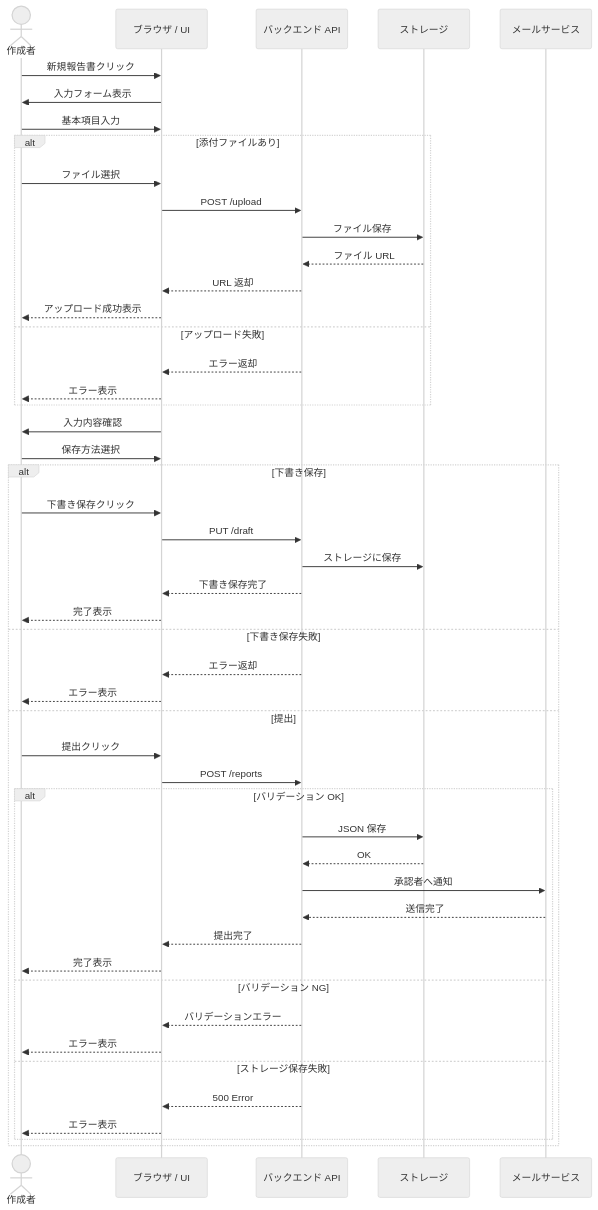
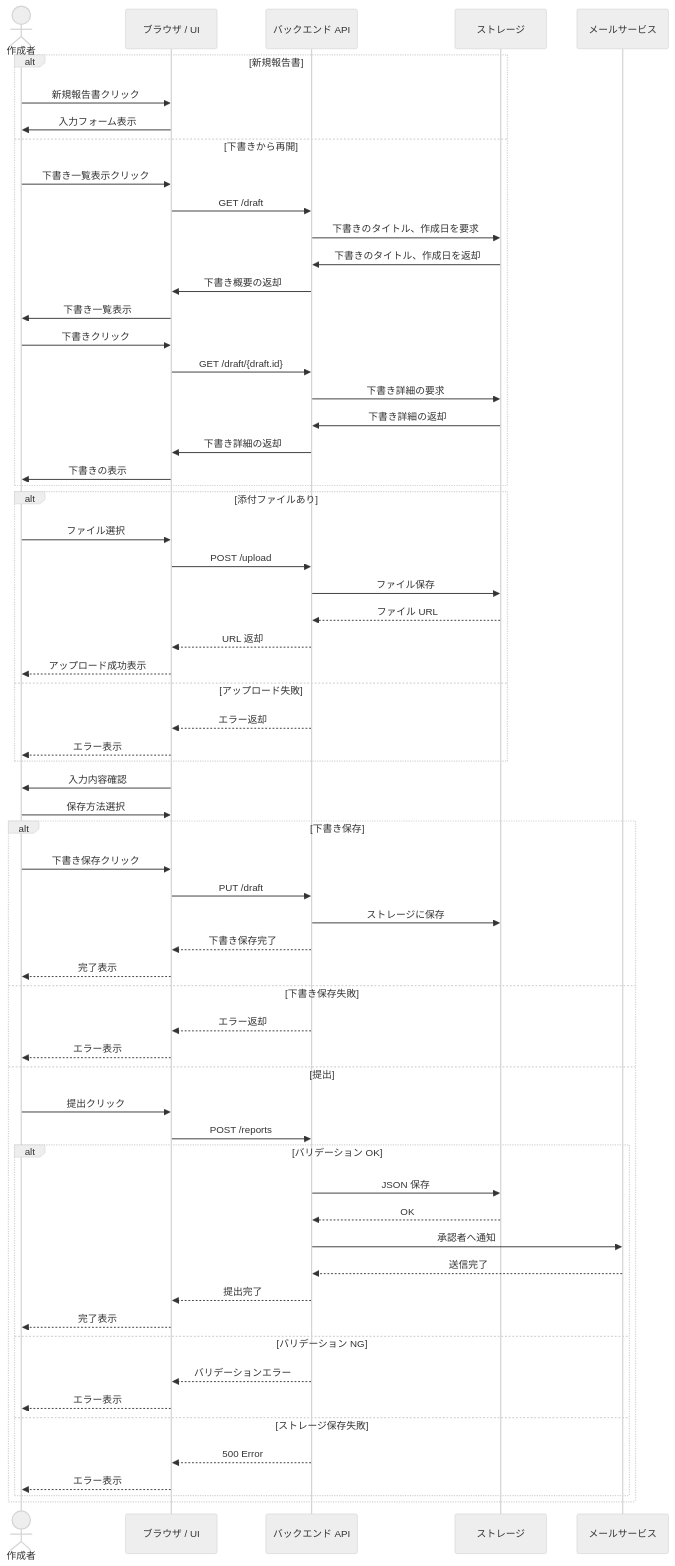
One commit to MineyamaHiyori/detailed_architect changed the diagram in seq.md. Above: the diagram before and after it, drawn with Mermaid (neutral theme).

Commit message:
Update seq.md
下書きから再開する場合のシーケンスを追加しました。

````diff
--- a/seq.md
+++ b/seq.md
@@ -1,51 +1,66 @@
 ```mermaid
 sequenceDiagram
     actor   User      as 作成者
     participant UI    as ブラウザ / UI
     participant API   as バックエンド API
     participant Store as ストレージ
     participant Mail  as メールサービス
-    User  ->> UI  : 新規報告書クリック
-    UI    ->> User: 入力フォーム表示
-    User  ->> UI  : 基本項目入力
+    alt 新規報告書
+        User  ->> UI  : 新規報告書クリック
+        UI    ->> User: 入力フォーム表示
+    else 下書きから再開
+        User  ->> UI  : 下書き一覧表示クリック
+        UI    ->> API: GET /draft
+        API   ->> Store:下書きのタイトル、作成日を要求
+        Store ->> API: 下書きのタイトル、作成日を返却
+        API ->> UI: 下書き概要の返却
+        UI    ->> User: 下書き一覧表示
+        User  ->> UI  : 下書きクリック
+        UI    ->> API: GET /draft/{draft.id}
+        API ->> Store: 下書き詳細の要求
+        Store ->> API: 下書き詳細の返却
+        API ->> UI: 下書き詳細の返却
+        UI ->> User:下書きの表示
+        
+    end
     alt 添付ファイルあり
         User  ->> UI  : ファイル選択
         UI    ->> API : POST /upload
         API   ->> Store: ファイル保存
         Store -->> API : ファイル URL
         API  -->> UI   : URL 返却
         UI   -->> User : アップロード成功表示
     else アップロード失敗
         API  -->> UI   : エラー返却
         UI   -->> User : エラー表示
     end
     UI   ->> User : 入力内容確認
     User ->> UI   : 保存方法選択
     alt 下書き保存
         User ->> UI  : 下書き保存クリック
         UI   ->> API : PUT /draft
         API  ->> Store : ストレージに保存
         API  -->> UI : 下書き保存完了
         UI   -->> User: 完了表示
     else 下書き保存失敗
         API  -->> UI   : エラー返却
         UI   -->> User : エラー表示
     else 提出
         User ->> UI  : 提出クリック
         UI   ->> API : POST /reports
         alt バリデーション OK
             API   ->> Store: JSON 保存
             Store -->> API  : OK
             API   ->> Mail : 承認者へ通知
             Mail  -->> API : 送信完了
             API  -->> UI  : 提出完了
             UI   -->> User: 完了表示
         else バリデーション NG
             API  -->> UI  : バリデーションエラー
             UI   -->> User: エラー表示
         else ストレージ保存失敗
             API  -->> UI  : 500 Error
             UI   -->> User: エラー表示
         end
     end
 ```
````
